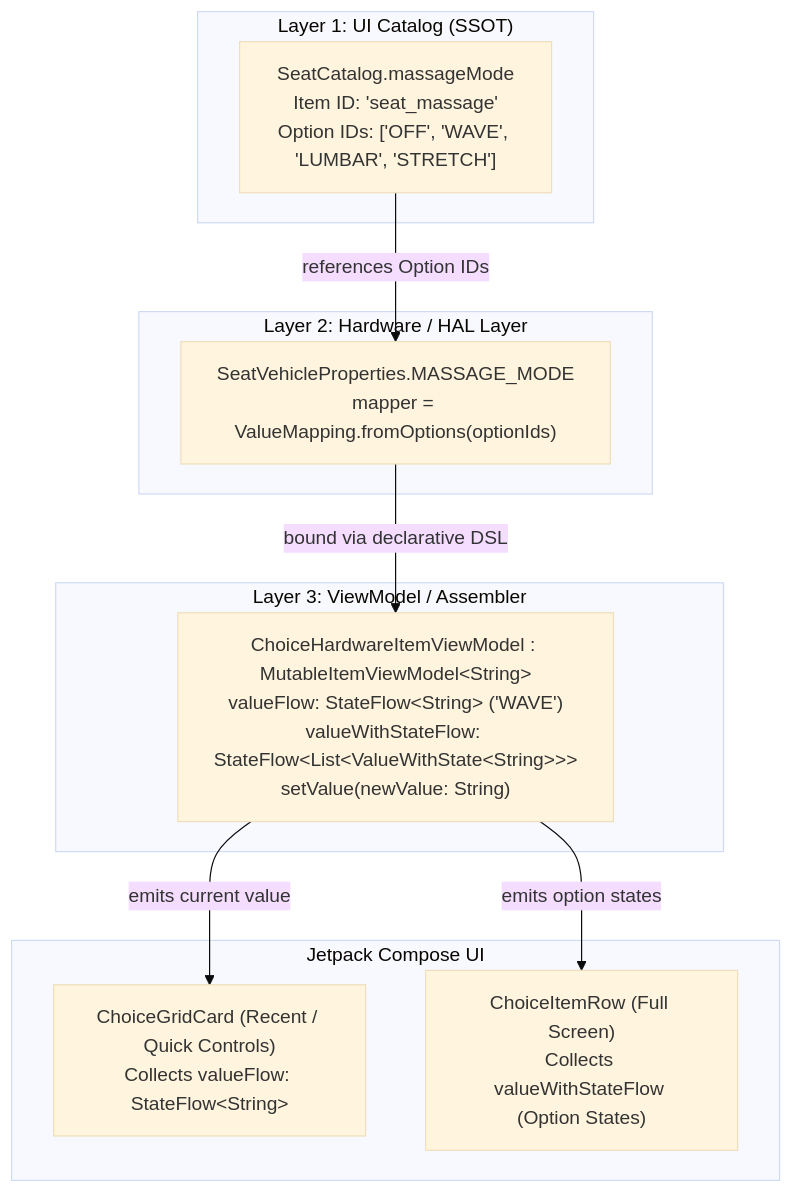
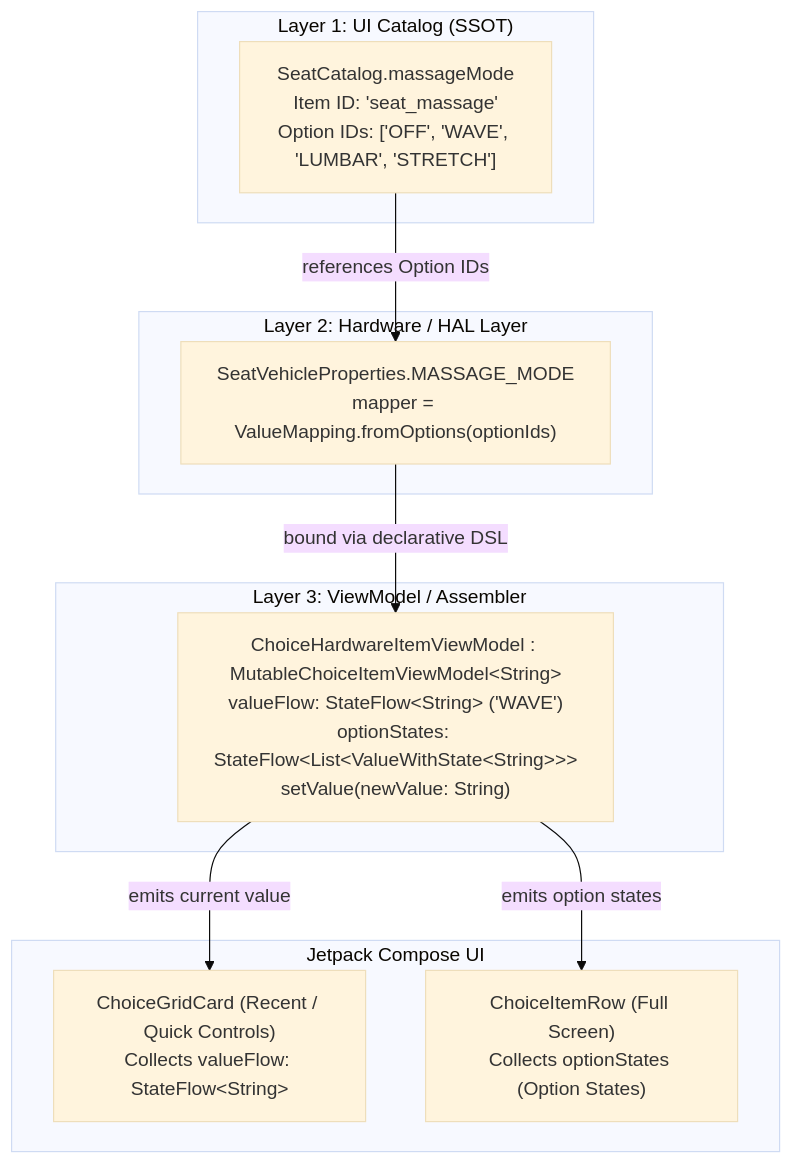
One commit to EaseTheWorld/activity-embedding-test changed the diagram in docs/adr/0004-pure-stateless-ui-items-viewmodel-separation-and-choice-ssot.md. Above: the diagram before and after it, drawn with Mermaid (base theme). The commit also changed other lines of this file and 11 other files, not shown here.

Commit message:
refactor(arch): restore pure ItemViewModel and standardize Choice/Option terminology

````diff
--- a/docs/adr/0004-pure-stateless-ui-items-viewmodel-separation-and-choice-ssot.md
+++ b/docs/adr/0004-pure-stateless-ui-items-viewmodel-separation-and-choice-ssot.md
@@ -54,24 +54,24 @@
 ```mermaid
 graph TD
     subgraph Layer1["Layer 1: UI Catalog (SSOT)"]
         Catalog["SeatCatalog.massageMode<br/>Item ID: 'seat_massage'<br/>Option IDs: ['OFF', 'WAVE', 'LUMBAR', 'STRETCH']"]
     end
 
     subgraph Layer2["Layer 2: Hardware / HAL Layer"]
         Prop["SeatVehicleProperties.MASSAGE_MODE<br/>mapper = ValueMapping.fromOptions(optionIds)"]
     end
 
     subgraph Layer3["Layer 3: ViewModel / Assembler"]
-        VM["ChoiceHardwareItemViewModel : MutableItemViewModel&lt;String&gt;<br/>valueFlow: StateFlow&lt;String&gt; ('WAVE')<br/>valueWithStateFlow: StateFlow&lt;List&lt;ValueWithState&lt;String&gt;&gt;&gt;<br/>setValue(newValue: String)"]
+        VM["ChoiceHardwareItemViewModel : MutableChoiceItemViewModel&lt;String&gt;<br/>valueFlow: StateFlow&lt;String&gt; ('WAVE')<br/>optionStates: StateFlow&lt;List&lt;ValueWithState&lt;String&gt;&gt;&gt;<br/>setValue(newValue: String)"]
     end
 
     subgraph UI["Jetpack Compose UI"]
         Grid["ChoiceGridCard (Recent / Quick Controls)<br/>Collects valueFlow: StateFlow&lt;String&gt;"]
-        Row["ChoiceItemRow (Full Screen)<br/>Collects valueWithStateFlow (Option States)"]
+        Row["ChoiceItemRow (Full Screen)<br/>Collects optionStates (Option States)"]
     end
 
     Catalog -->|references Option IDs| Prop
     Prop -->|bound via declarative DSL| VM
     VM -->|emits current value| Grid
     VM -->|emits option states| Row
 ```
````
